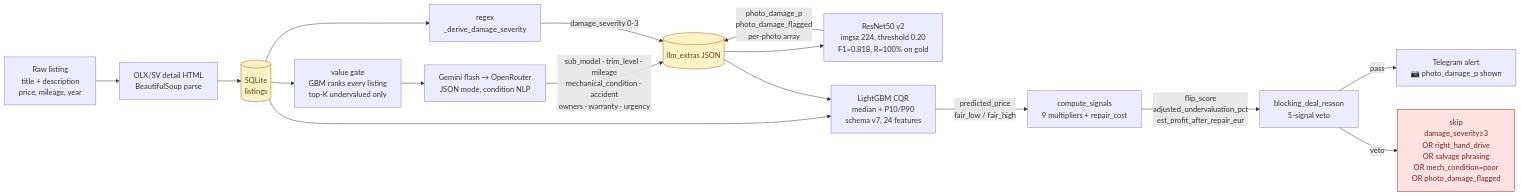
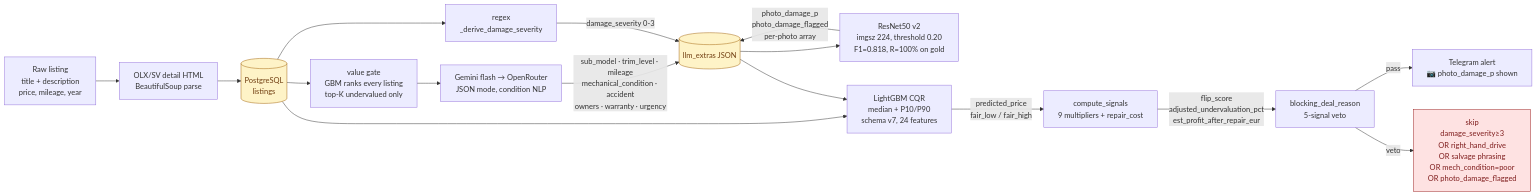
The second of 2 diagrams in README.md (nikit34/olx-car-parser), drawn with Mermaid before and after one commit. The commit also changed other lines of this file and 22 other files, not shown here.

````diff
--- a/README.md
+++ b/README.md
@@ -75,35 +75,35 @@
 ```mermaid
 flowchart LR
     A[Raw listing<br/>title + description<br/>price, mileage, year] --> B
     B[OLX/SV detail HTML<br/>BeautifulSoup parse] --> C
-    C[(SQLite<br/>listings)]:::db
+    C[(PostgreSQL<br/>listings)]:::db
 
     C --> V[value gate<br/>GBM ranks every listing<br/>top-K undervalued only]
     V --> D
     D[Gemini flash → OpenRouter<br/>JSON mode, condition NLP]
     D -->|sub_model · trim_level · mileage<br/>mechanical_condition · accident<br/>owners · warranty · urgency| E
 
     C --> R[regex<br/>_derive_damage_severity]
     R -->|damage_severity 0-3| E
 
     E[(llm_extras JSON)]:::db
     E --> F
 
     F[ResNet50 v2<br/>imgsz 224, threshold 0.20<br/>F1=0.818, R=100% on gold]
     F -->|photo_damage_p<br/>photo_damage_flagged<br/>per-photo array| E
 
     C --> G
     E --> G
     G[LightGBM CQR<br/>median + P10/P90<br/>schema v7, 24 features]
     G -->|predicted_price<br/>fair_low / fair_high| H
 
     H[compute_signals<br/>9 multipliers + repair_cost]
     H -->|flip_score<br/>adjusted_undervaluation_pct<br/>est_profit_after_repair_eur| I
 
     I[blocking_deal_reason<br/>5-signal veto]
     I -->|pass| J[Telegram alert<br/>📷 photo_damage_p shown]
     I -->|veto| X[skip<br/>damage_severity≥3<br/>OR right_hand_drive<br/>OR salvage phrasing<br/>OR mech_condition=poor<br/>OR photo_damage_flagged]:::veto
 
     classDef db fill:#fef3c7,stroke:#a16207,color:#713f12
     classDef veto fill:#fee2e2,stroke:#991b1b,color:#7f1d1d
 ```
````
